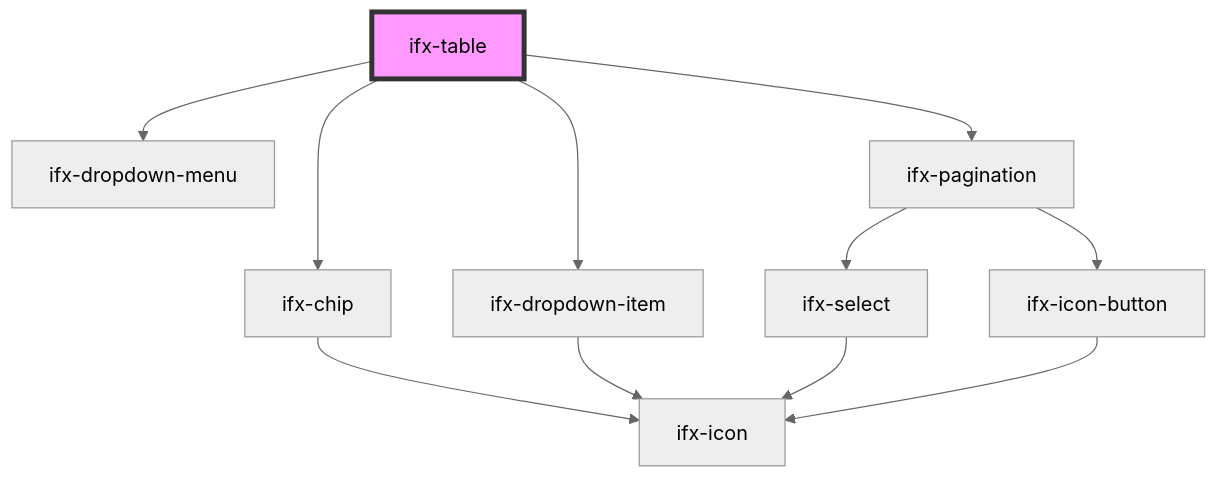
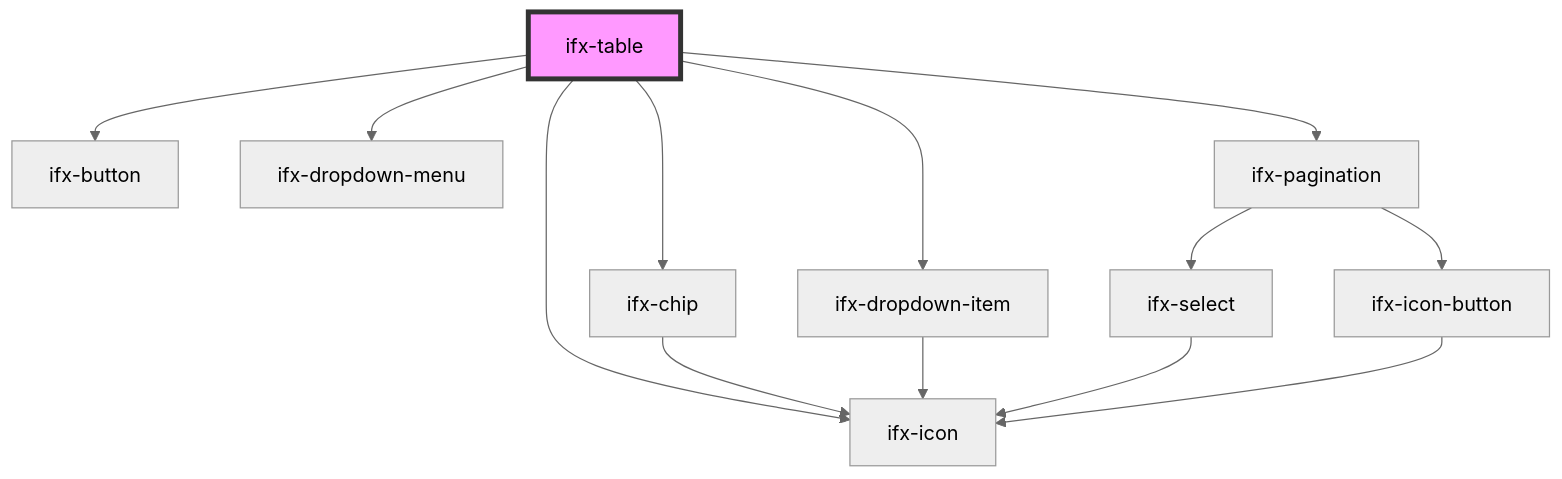
The diagram in packages/components/src/components/table-advanced-version/readme.md (Infineon/infineon-design-system-stencil), drawn with Mermaid (neutral theme) before and after one commit. The commit also changed other lines of this file and 4 other files, not shown here.

Commit message:
added ifx button as show/hide button for sidebar orientation of filters

````diff
--- a/packages/components/src/components/table-advanced-version/readme.md
+++ b/packages/components/src/components/table-advanced-version/readme.md
@@ -46,14 +48,16 @@
 ```mermaid
 graph TD;
+  ifx-table --> ifx-button
+  ifx-table --> ifx-icon
   ifx-table --> ifx-chip
   ifx-table --> ifx-dropdown-menu
   ifx-table --> ifx-dropdown-item
   ifx-table --> ifx-pagination
   ifx-chip --> ifx-icon
   ifx-dropdown-item --> ifx-icon
   ifx-pagination --> ifx-select
   ifx-pagination --> ifx-icon-button
   ifx-select --> ifx-icon
   ifx-icon-button --> ifx-icon
   style ifx-table fill:#f9f,stroke:#333,stroke-width:4px
 ```
````
